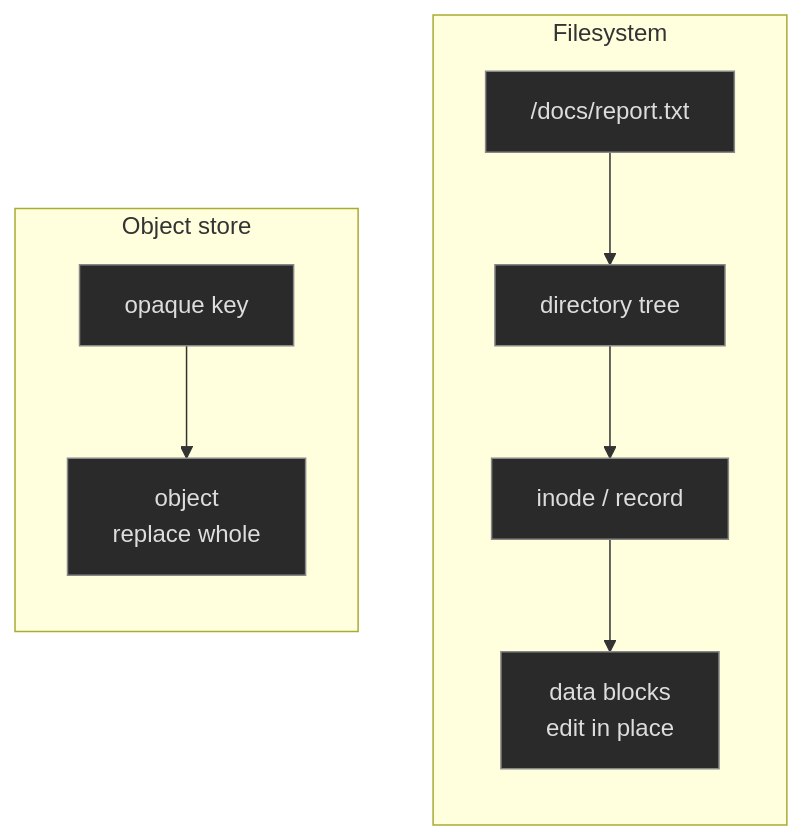
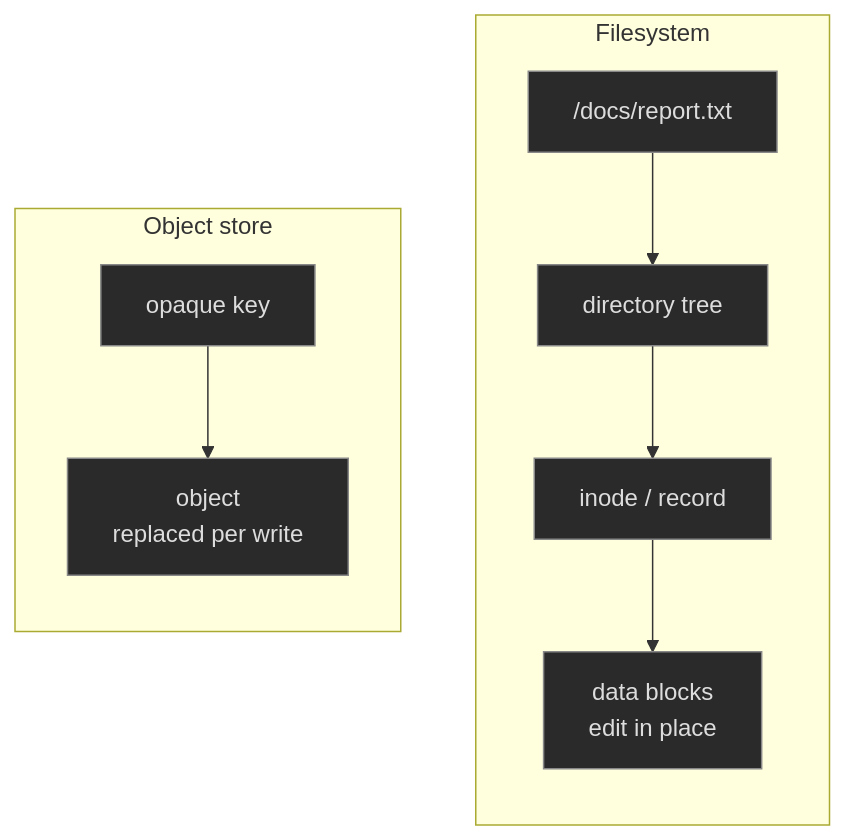
One commit to FidelityFramework/clef-lang-site changed the second of 3 diagrams in hugo/content/blog/an-emergent-file-system-model.md. Above: the diagram before and after it, drawn with Mermaid.

Commit message:
replaced per write

````diff
--- a/hugo/content/blog/an-emergent-file-system-model.md
+++ b/hugo/content/blog/an-emergent-file-system-model.md
@@ -35,15 +35,15 @@
 ```mermaid
 flowchart TD
     subgraph FS["Filesystem"]
         direction TB
         P["/docs/report.txt"] --> D["directory tree"]
         D --> N["inode / record"]
         N --> B["data blocks<br/>edit in place"]
     end
     subgraph OBJ["Object store"]
         direction TB
-        K["opaque key"] --> O["object<br/>replace whole"]
+        K["opaque key"] --> O["object<br/>replaced per write"]
     end
     classDef theirs fill:#2a2a2a,stroke:#888,color:#ddd;
     class P,D,N,B,K,O theirs;
 ```
````
